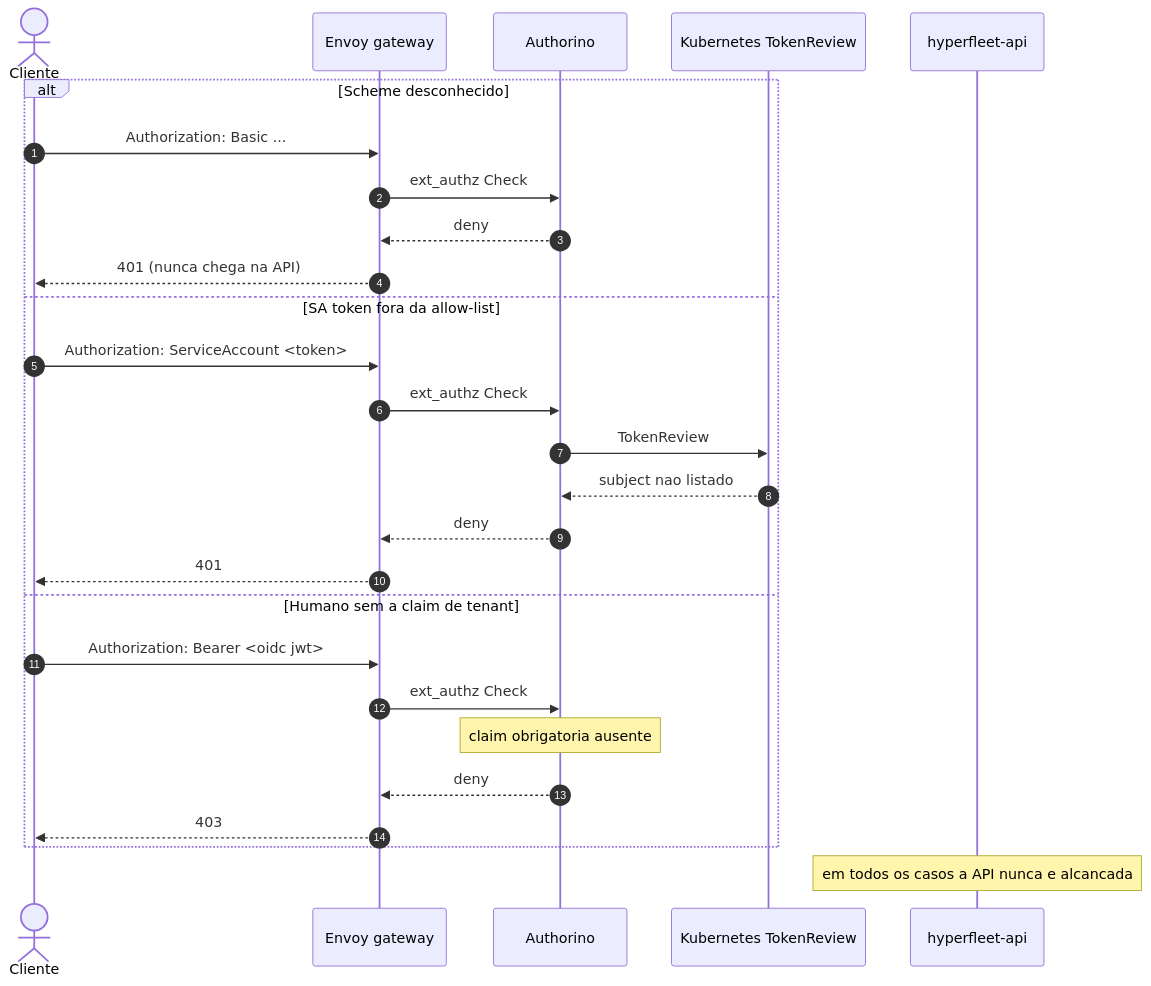
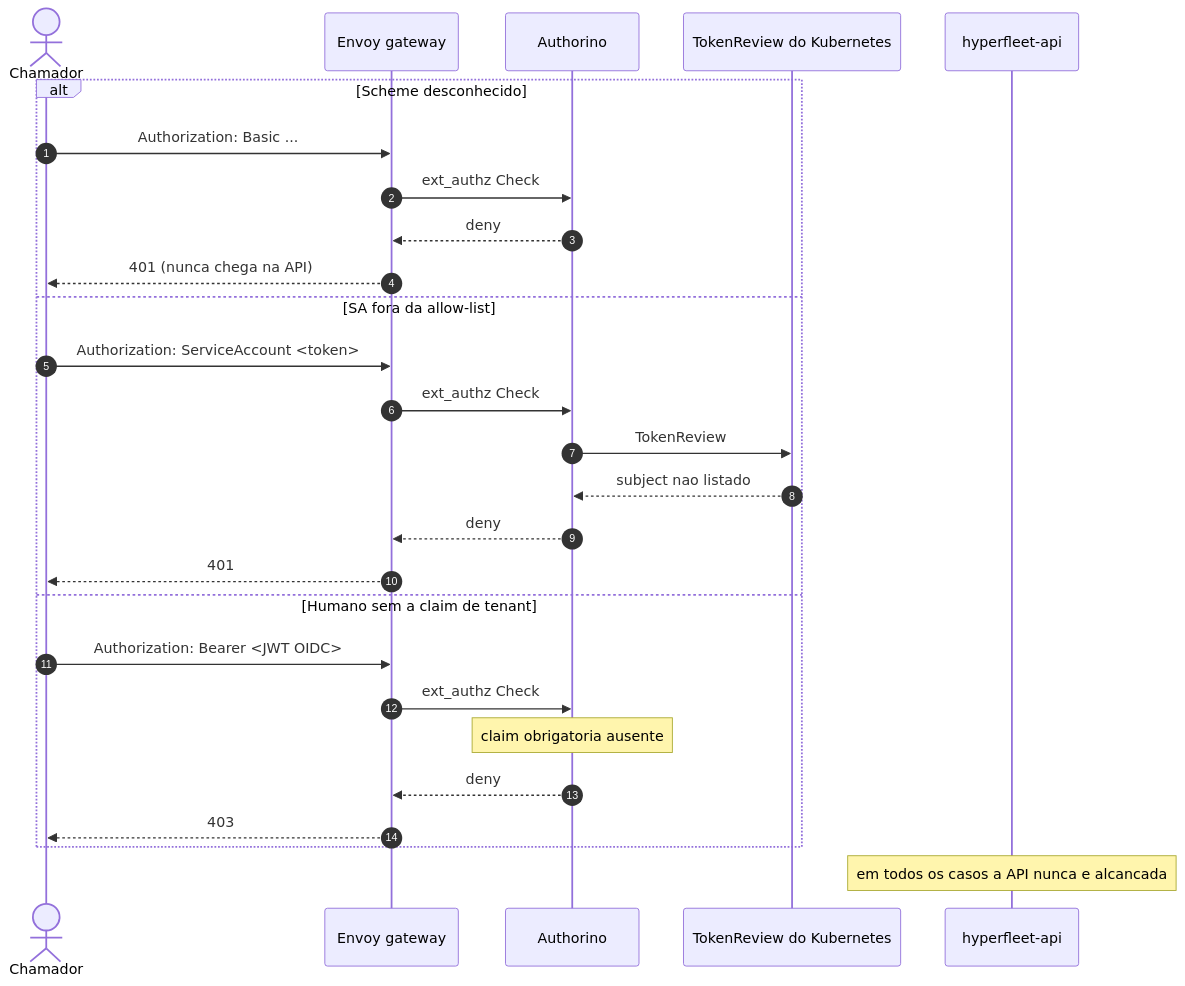
Before and after one commit to rafabene/hyperfleet-architecture: the sixth of 7 diagrams in hyperfleet/docs/gateway-auth-sequence-diagrams.md, drawn with Mermaid. The commit also changed other lines of this file, not shown here.

First line of the commit message:
docs: localize gateway auth diagrams and add ticket map

````diff
--- a/hyperfleet/docs/gateway-auth-sequence-diagrams.md
+++ b/hyperfleet/docs/gateway-auth-sequence-diagrams.md
@@ -121,30 +265,30 @@
 ```mermaid
 sequenceDiagram
     autonumber
-    actor C as Cliente
+    actor C as Chamador
     participant E as Envoy gateway
     participant A as Authorino
-    participant K as Kubernetes TokenReview
+    participant K as TokenReview do Kubernetes
     participant API as hyperfleet-api
 
     alt Scheme desconhecido
         C->>E: Authorization: Basic ...
         E->>A: ext_authz Check
         A-->>E: deny
         E-->>C: 401 (nunca chega na API)
-    else SA token fora da allow-list
+    else SA fora da allow-list
         C->>E: Authorization: ServiceAccount <token>
         E->>A: ext_authz Check
         A->>K: TokenReview
         K-->>A: subject nao listado
         A-->>E: deny
         E-->>C: 401
     else Humano sem a claim de tenant
-        C->>E: Authorization: Bearer <oidc jwt>
+        C->>E: Authorization: Bearer <JWT OIDC>
         E->>A: ext_authz Check
         Note over A: claim obrigatoria ausente
         A-->>E: deny
         E-->>C: 403
     end
     Note over API: em todos os casos a API nunca e alcancada
 ```
````
